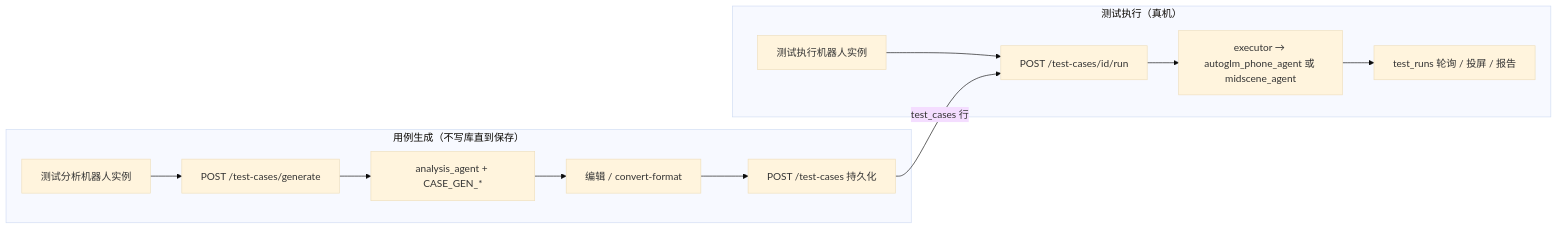
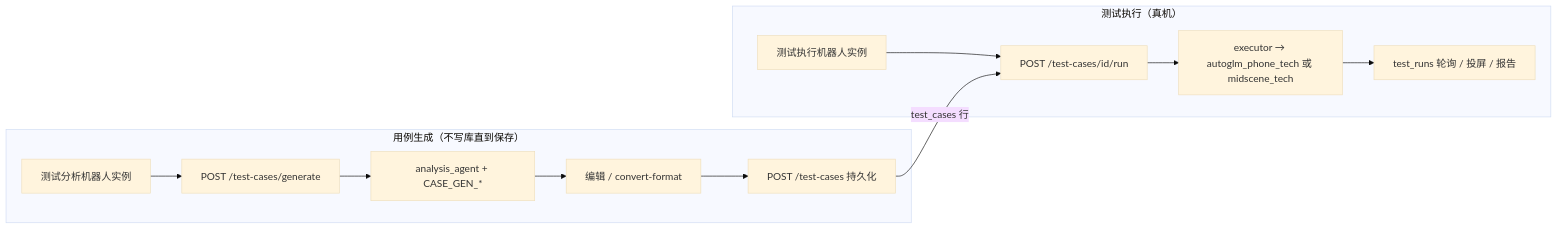
One commit to dyingmanliu/test_robot changed the second of 3 diagrams in ARCHITECTURE.md. Above: the diagram before and after it, drawn with Mermaid (base theme). The commit also changed other lines of this file and 110 other files, not shown here.

````diff
--- a/ARCHITECTURE.md
+++ b/ARCHITECTURE.md
@@ -139,21 +141,21 @@
 ```mermaid
 flowchart LR
   subgraph gen["用例生成（不写库直到保存）"]
     A1[测试分析机器人实例]
     A2[POST /test-cases/generate]
     A3[analysis_agent + CASE_GEN_*]
     A4[编辑 / convert-format]
     A5[POST /test-cases 持久化]
     A1 --> A2 --> A3 --> A4 --> A5
   end
 
   subgraph run["测试执行（真机）"]
     B1[测试执行机器人实例]
     B2[POST /test-cases/id/run]
-    B3[executor → autoglm_phone_agent 或 midscene_agent]
+    B3[executor → autoglm_phone_tech 或 midscene_tech]
     B4[test_runs 轮询 / 投屏 / 报告]
     B1 --> B2 --> B3 --> B4
   end
 
   A5 -->|test_cases 行| B2
 ```
````
